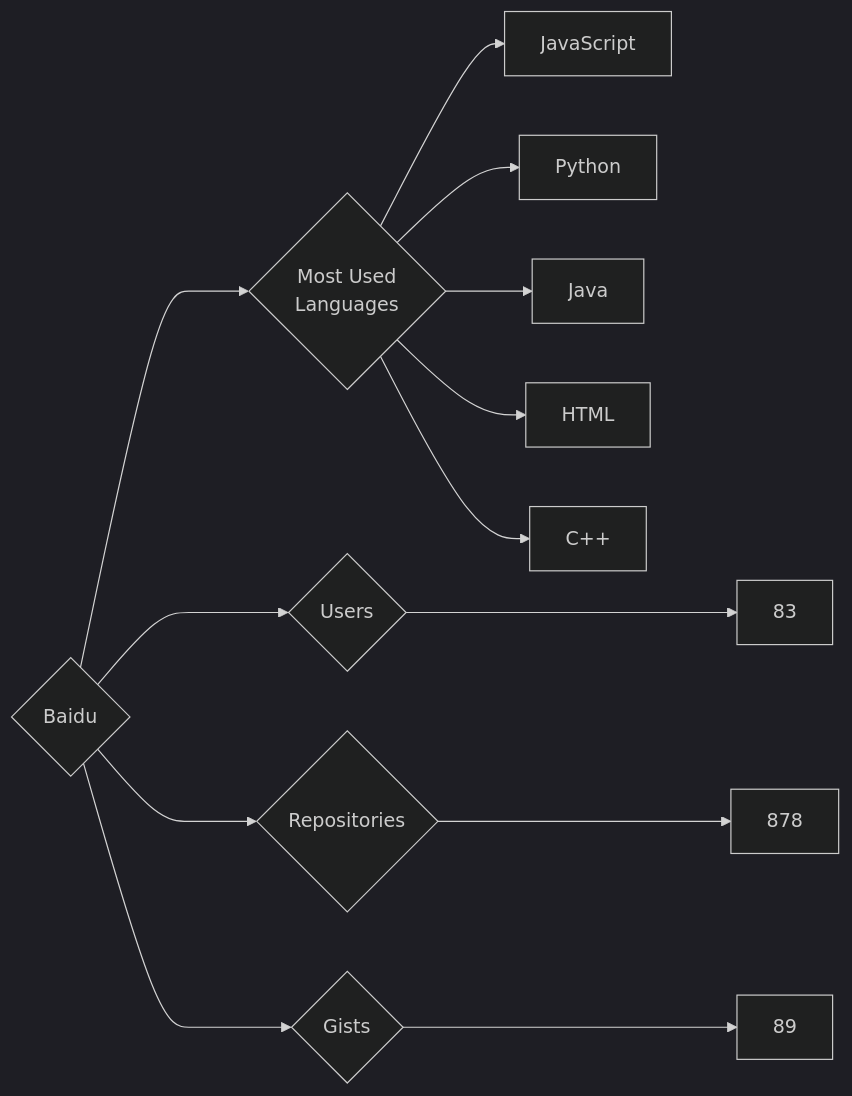
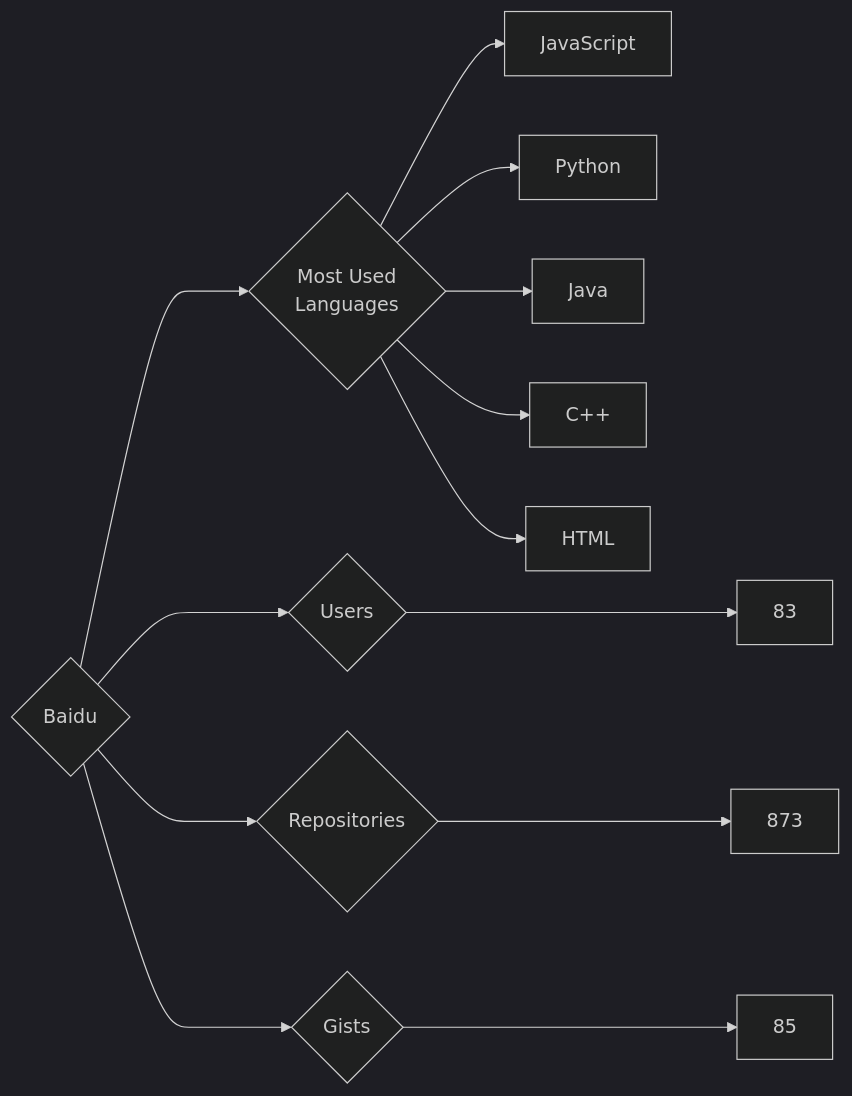
One commit to trickest/insiders changed the diagram in targets/Baidu/README.md. Above: the diagram before and after it, drawn with Mermaid (dark theme). The commit also changed 860 other files, not shown here.

````diff
--- a/targets/Baidu/README.md
+++ b/targets/Baidu/README.md
@@ -3,13 +3,13 @@
 ```mermaid
 graph LR
 COMPANY_NAME{Baidu}
 COMPANY_NAME ---> U{Users} ---> UN[83]
-COMPANY_NAME ---> R{Repositories} ---> RN[878]
-COMPANY_NAME ---> G{Gists} ---> GN[89]
+COMPANY_NAME ---> R{Repositories} ---> RN[873]
+COMPANY_NAME ---> G{Gists} ---> GN[85]
 COMPANY_NAME ---> ML{Most Used<br>Languages}
 ML --> JavaScript[JavaScript]
 ML --> Python[Python]
 ML --> Java[Java]
+ML --> C++[C++]
 ML --> HTML[HTML]
-ML --> C++[C++]
 ```
````
